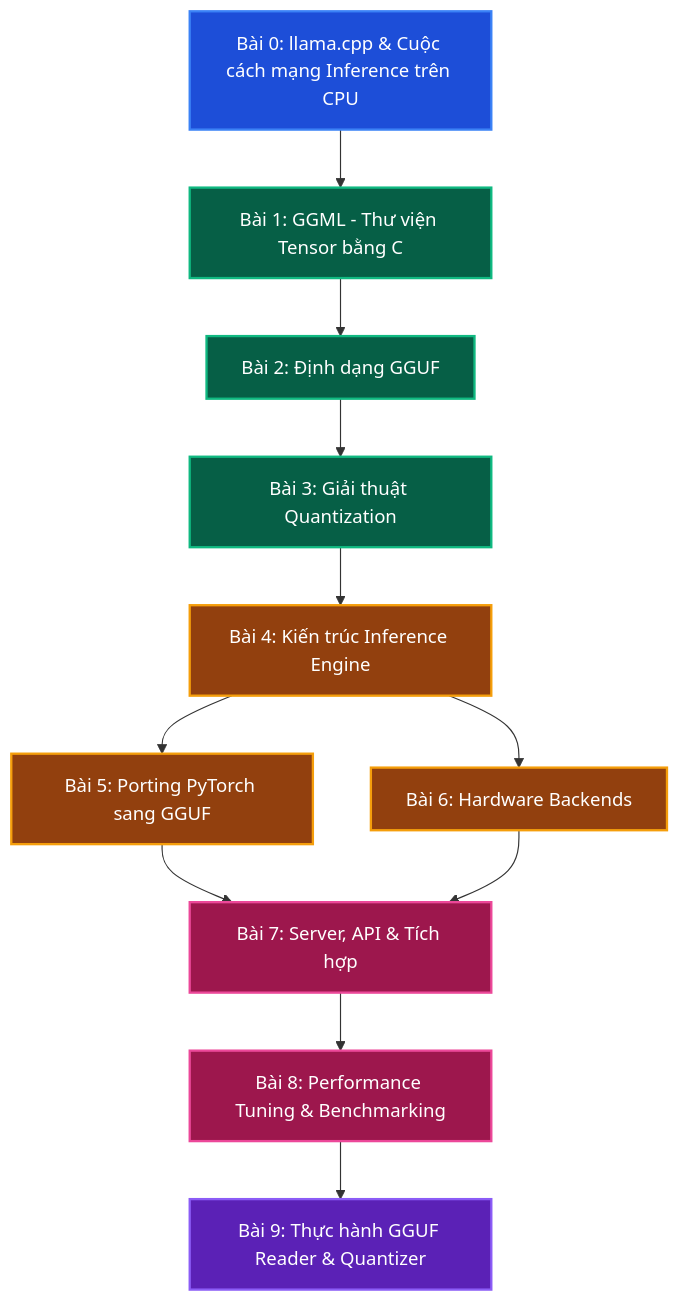
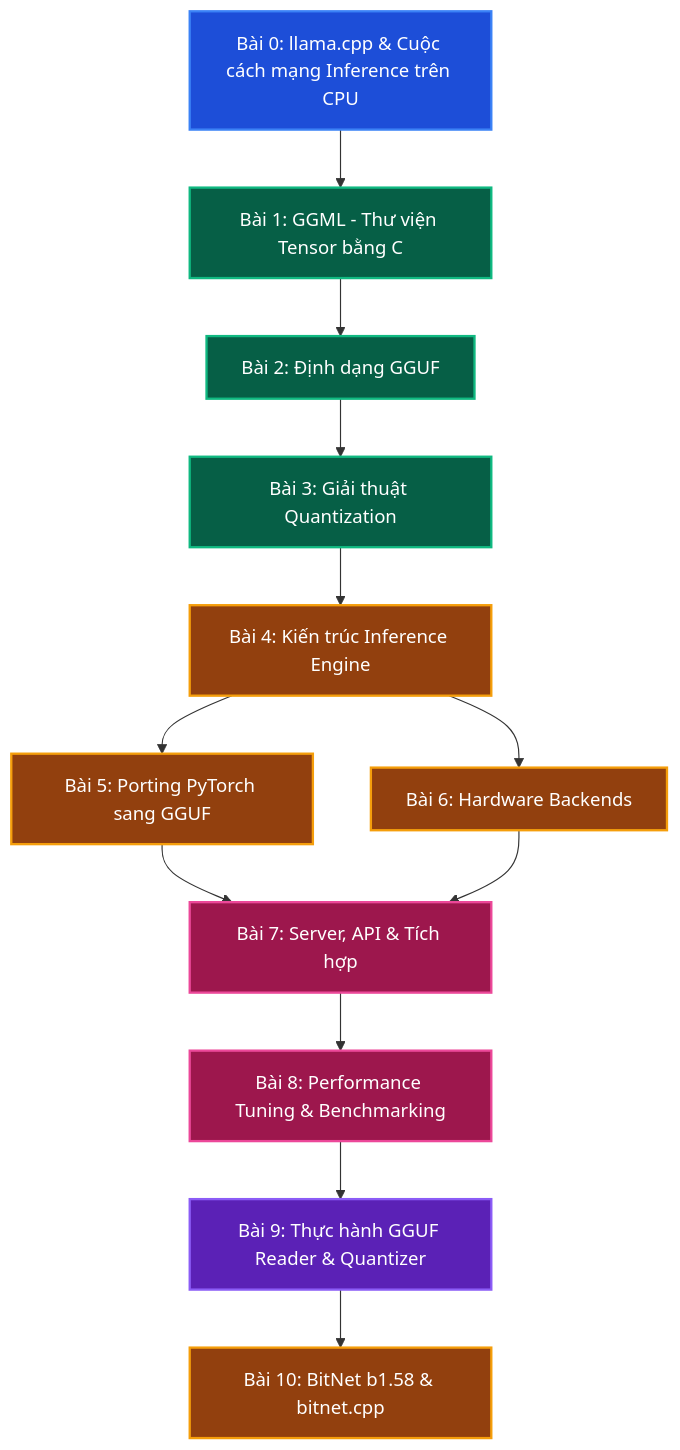
The diagram in docs/roadmap.md (tuandung222/llama-cpp-architecture-lectures), drawn with Mermaid before and after one commit. The commit also changed other lines of this file and 14 other files, not shown here.

First line of the commit message:
Source-code audit: fix 9 hallucinations + add BitNet.cpp curriculum (lesson_10, theory_7, case_6)

````diff
--- a/docs/roadmap.md
+++ b/docs/roadmap.md
@@ -16,23 +16,25 @@
 ```mermaid
 graph TD
     L0[Bài 0: llama.cpp & Cuộc cách mạng Inference trên CPU] --> L1[Bài 1: GGML - Thư viện Tensor bằng C]
     L1 --> L2[Bài 2: Định dạng GGUF]
     L2 --> L3[Bài 3: Giải thuật Quantization]
     L3 --> L4[Bài 4: Kiến trúc Inference Engine]
     L4 --> L5[Bài 5: Porting PyTorch sang GGUF]
     L4 --> L6[Bài 6: Hardware Backends]
     L5 & L6 --> L7[Bài 7: Server, API & Tích hợp]
     L7 --> L8[Bài 8: Performance Tuning & Benchmarking]
     L8 --> L9[Bài 9: Thực hành GGUF Reader & Quantizer]
+    L9 --> L10[Bài 10: BitNet b1.58 & bitnet.cpp]
 
     style L0 fill:#1d4ed8,stroke:#3b82f6,stroke-width:2px,color:#fff
     style L1 fill:#065f46,stroke:#10b981,stroke-width:2px,color:#fff
     style L2 fill:#065f46,stroke:#10b981,stroke-width:2px,color:#fff
     style L3 fill:#065f46,stroke:#10b981,stroke-width:2px,color:#fff
     style L4 fill:#92400e,stroke:#f59e0b,stroke-width:2px,color:#fff
     style L5 fill:#92400e,stroke:#f59e0b,stroke-width:2px,color:#fff
     style L6 fill:#92400e,stroke:#f59e0b,stroke-width:2px,color:#fff
     style L7 fill:#9d174d,stroke:#ec4899,stroke-width:2px,color:#fff
     style L8 fill:#9d174d,stroke:#ec4899,stroke-width:2px,color:#fff
     style L9 fill:#5b21b6,stroke:#8b5cf6,stroke-width:2px,color:#fff
+    style L10 fill:#92400e,stroke:#f59e0b,stroke-width:2px,color:#fff
 ```
````
